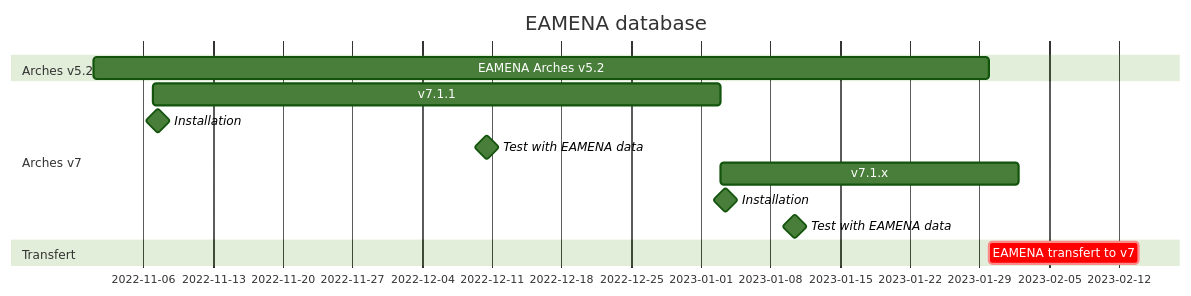
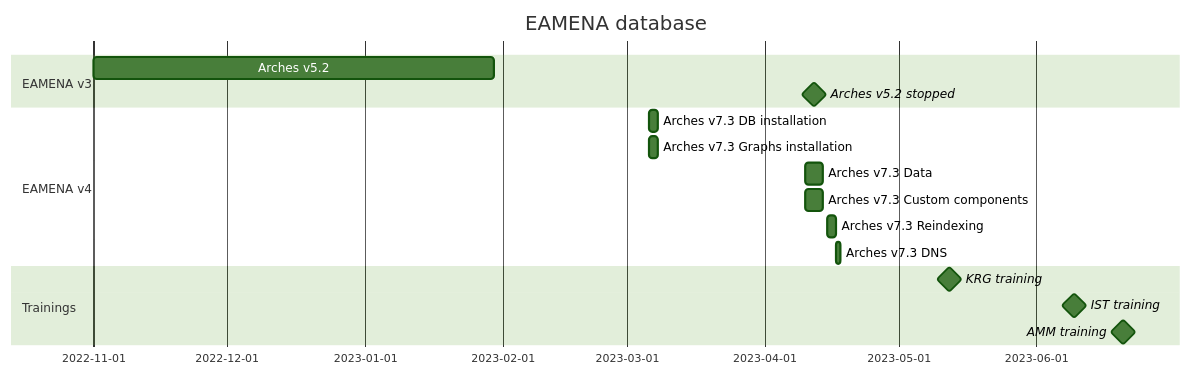
One commit to eamena-project/eamena-arches-dev changed the first of 2 diagrams in dbs/database.eamena/README.md. Above: the diagram before and after it, drawn with Mermaid (forest theme). The commit also changed 15 other files, not shown here.

Commit message:
timeline

````diff
--- a/dbs/database.eamena/README.md
+++ b/dbs/database.eamena/README.md
@@ -5,16 +5,19 @@
 ```mermaid
 gantt
     title EAMENA database
     dateFormat  YYYY-MM-DD
-    section Arches v5.2
-    EAMENA Arches v5.2       : a0, 2022-11-01, 90d
-    section Arches v7
-    v7.1.1                   : a1, 2022-11-07, 57d
-    Installation             : milestone, m0, 2022-11-07, 1d
-    Test with EAMENA data    : milestone, m1, 2022-12-10, 1d
-    v7.1.x                   : a2, after a1, 30d
-    Installation             : milestone, m2, after a1, 1d
-    Test with EAMENA data    : milestone, m3, 2023-01-10, 1d
-    section Transfert
-    EAMENA transfert to v7   : crit, after a0, 15d
+    section EAMENA v3
+    Arches v5.2              : a0, 2022-11-01, 90d
+    Arches v5.2 stopped      : milestone, m3, 2023-04-10, 4d
+    section EAMENA v4
+    Arches v7.3 DB installation        : a1, 2023-03-06, 2d
+    Arches v7.3 Graphs installation    : a1, 2023-03-06, 2d
+    Arches v7.3 Data                   : a1, 2023-04-10, 4d
+    Arches v7.3 Custom components      : a1, 2023-04-10, 4d
+    Arches v7.3 Reindexing             : a1, 2023-04-15, 2d
+    Arches v7.3 DNS                    : a1, 2023-04-17, 1d
+    section Trainings
+    KRG training             : milestone, m3, 2023-05-09, 7d
+    IST training             : milestone, m3, 2023-06-06, 7d
+    AMM training             : milestone, m3, 2023-06-17, 7d
 ```
````
